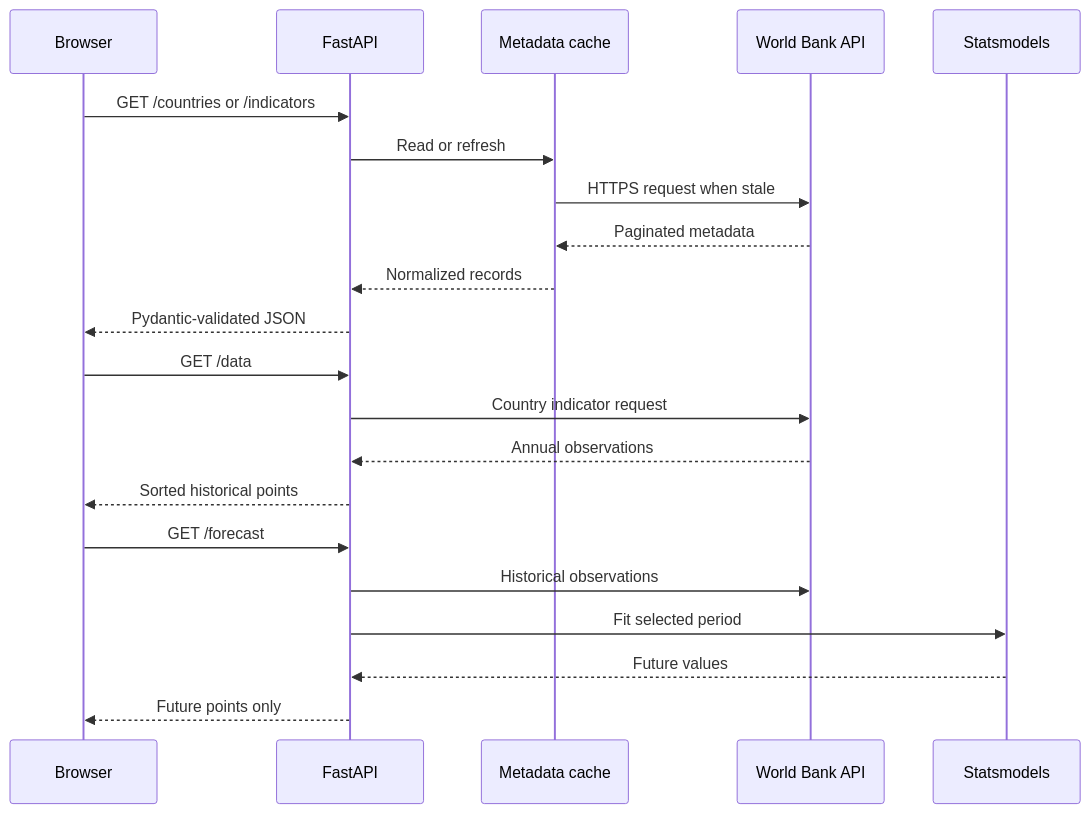
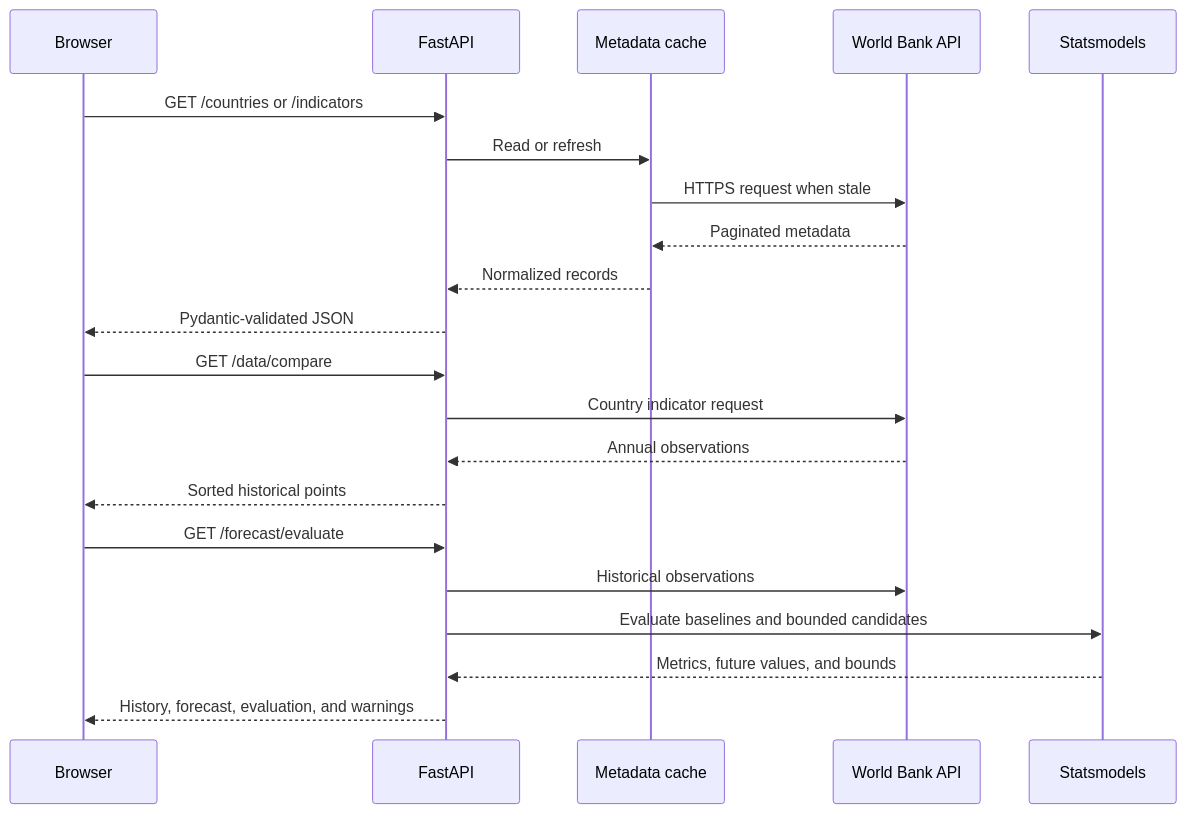
One commit to viniciusrodriguesai/worldbank-economic-dashboard changed the diagram in backend/README.md. Above: the diagram before and after it, drawn with Mermaid. The commit also changed other lines of this file and 7 other files, not shown here.

````diff
--- a/backend/README.md
+++ b/backend/README.md
@@ -33,26 +35,26 @@
 ```mermaid
 sequenceDiagram
     participant UI as Browser
     participant API as FastAPI
     participant Cache as Metadata cache
     participant WB as World Bank API
     participant ARIMA as Statsmodels
 
     UI->>API: GET /countries or /indicators
     API->>Cache: Read or refresh
     Cache->>WB: HTTPS request when stale
     WB-->>Cache: Paginated metadata
     Cache-->>API: Normalized records
     API-->>UI: Pydantic-validated JSON
 
-    UI->>API: GET /data
+    UI->>API: GET /data/compare
     API->>WB: Country indicator request
     WB-->>API: Annual observations
     API-->>UI: Sorted historical points
 
-    UI->>API: GET /forecast
+    UI->>API: GET /forecast/evaluate
     API->>WB: Historical observations
-    API->>ARIMA: Fit selected period
-    ARIMA-->>API: Future values
-    API-->>UI: Future points only
+    API->>ARIMA: Evaluate baselines and bounded candidates
+    ARIMA-->>API: Metrics, future values, and bounds
+    API-->>UI: History, forecast, evaluation, and warnings
 ```
````
